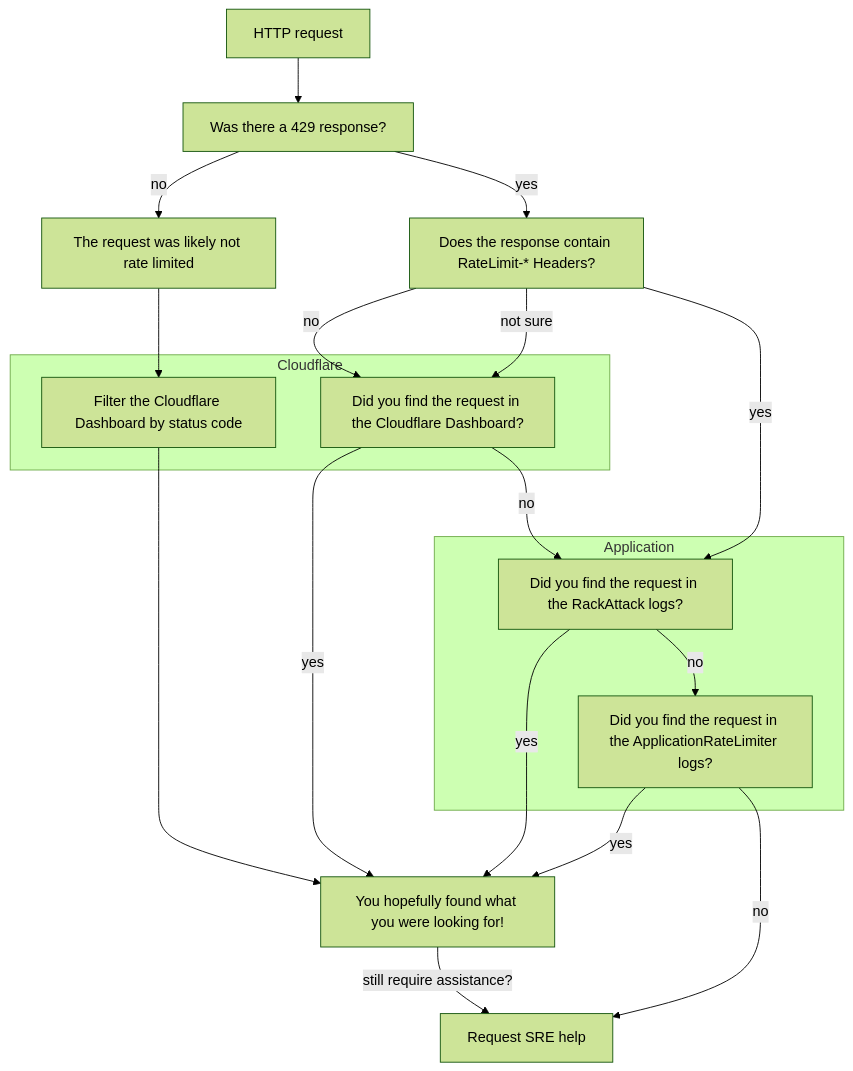
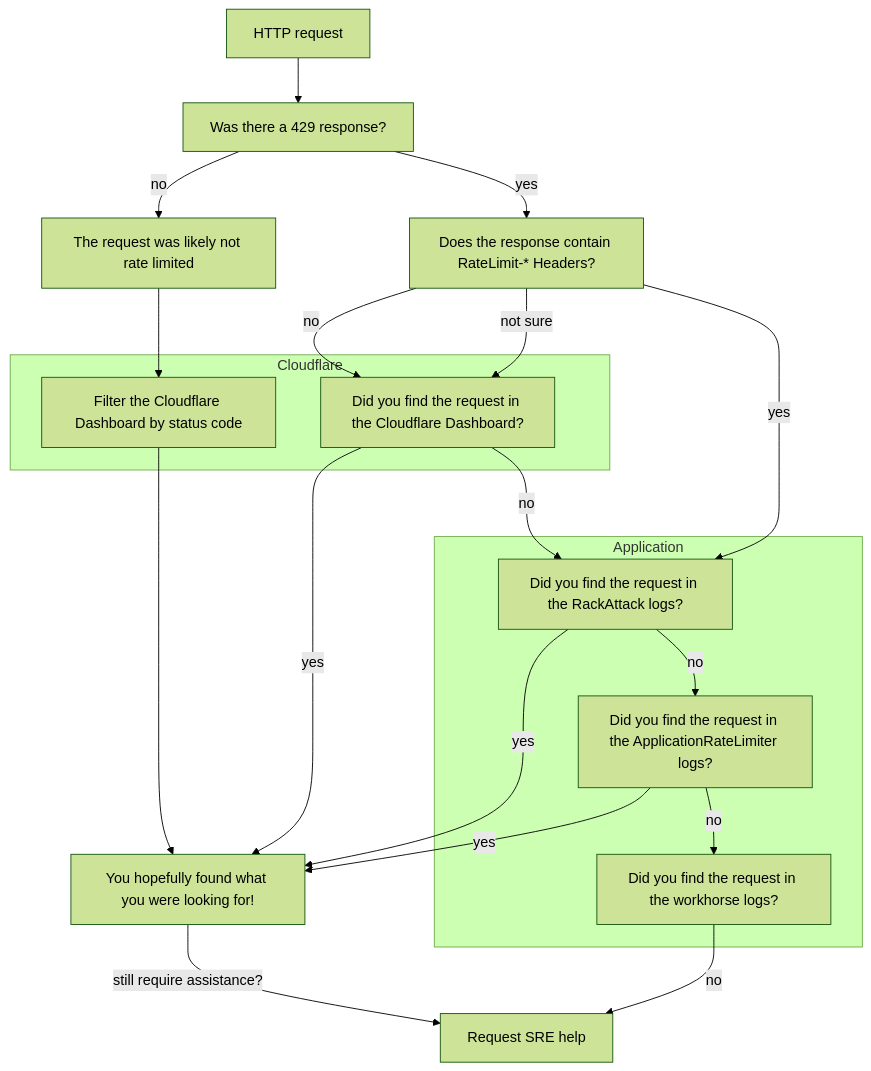
The diagram in content/handbook/engineering/infrastructure/rate-limiting/troubleshooting.md (zalyoung/gitlab-handbook), drawn with Mermaid (forest theme) before and after one commit. The commit also changed other lines of this file and 2 other files, not shown here.

````diff
--- a/content/handbook/engineering/infrastructure/rate-limiting/troubleshooting.md
+++ b/content/handbook/engineering/infrastructure/rate-limiting/troubleshooting.md
@@ -27,42 +29,44 @@
 ```mermaid
 flowchart TD
 
     http[HTTP request] --> 429
     429[Was there a 429 response?]
 
     not-limited[The request was likely not rate limited]
     header[Does the response contain RateLimit-* Headers?]
 
     subgraph Cloudflare
         c-status[Filter the Cloudflare Dashboard by status code]
         c-http[Did you find the request in the Cloudflare Dashboard?]
     end
 
     subgraph Application
         r-logs[Did you find the request in the RackAttack logs?]
         a-logs[Did you find the request in the ApplicationRateLimiter logs?]
+        w-logs[Did you find the request in the workhorse logs?]
     end
 
     yay[You hopefully found what you were looking for!]
     sre[Request SRE help]
 
     429 -- no --> not-limited
     429 -- yes --> header
 
     not-limited --> c-status
 
     header -- no --> c-http
     header -- not sure --> c-http
     header -- yes --> r-logs
 
     c-status --> yay
     c-http -- yes --> yay
     r-logs -- yes --> yay
     a-logs -- yes --> yay
 
     c-http -- no --> r-logs
     r-logs -- no --> a-logs
+    a-logs -- no --> w-logs
 
-    a-logs -- no --> sre
+    w-logs -- no --> sre
     yay -- still require assistance?--> sre
 ```
````
